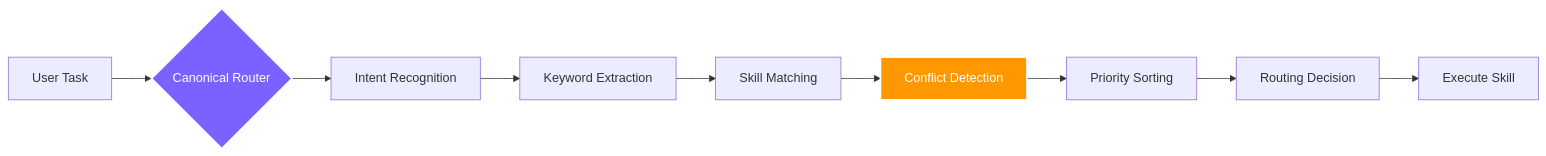
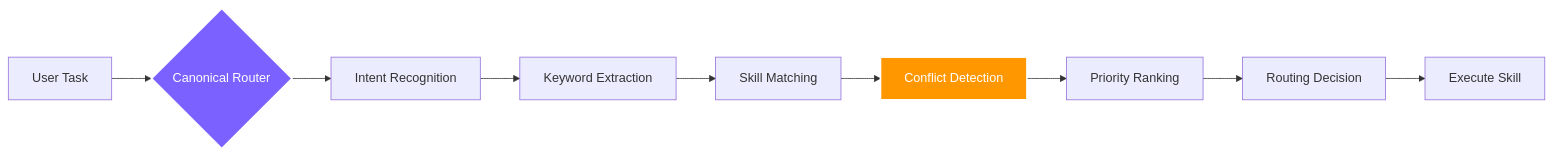
Before and after one commit to tissky/Vibe-Skills: the diagram in README.en.md, drawn with Mermaid. The commit also changed other lines of this file and 1 other file, not shown here.

````diff
--- a/README.en.md
+++ b/README.en.md
@@ -93,14 +154,14 @@
 ```mermaid
 graph LR
     A[User Task] --> B{Canonical Router}
     B --> C[Intent Recognition]
     C --> D[Keyword Extraction]
     D --> E[Skill Matching]
     E --> F[Conflict Detection]
-    F --> G[Priority Sorting]
+    F --> G[Priority Ranking]
     G --> H[Routing Decision]
     H --> I[Execute Skill]
 
     style B fill:#7B61FF,stroke:#fff,stroke-width:2px,color:#fff
     style F fill:#FF9800,stroke:#fff,stroke-width:2px,color:#fff
 ```
````
